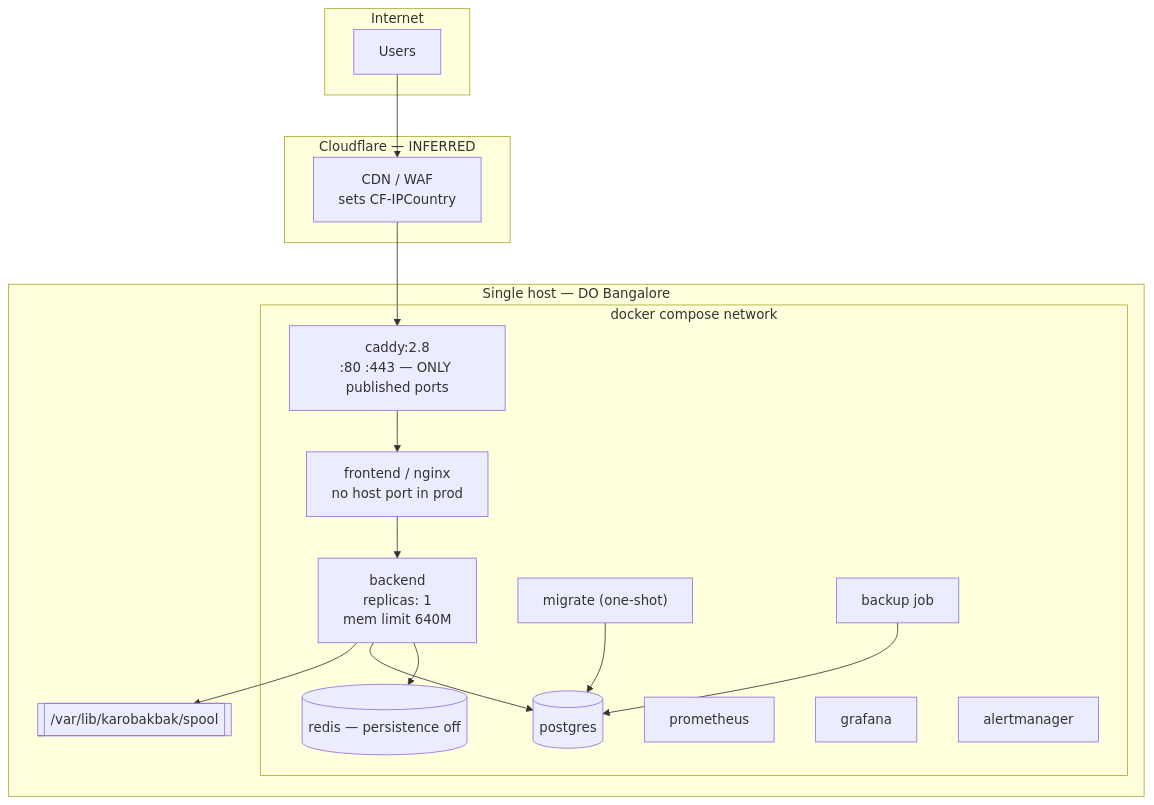
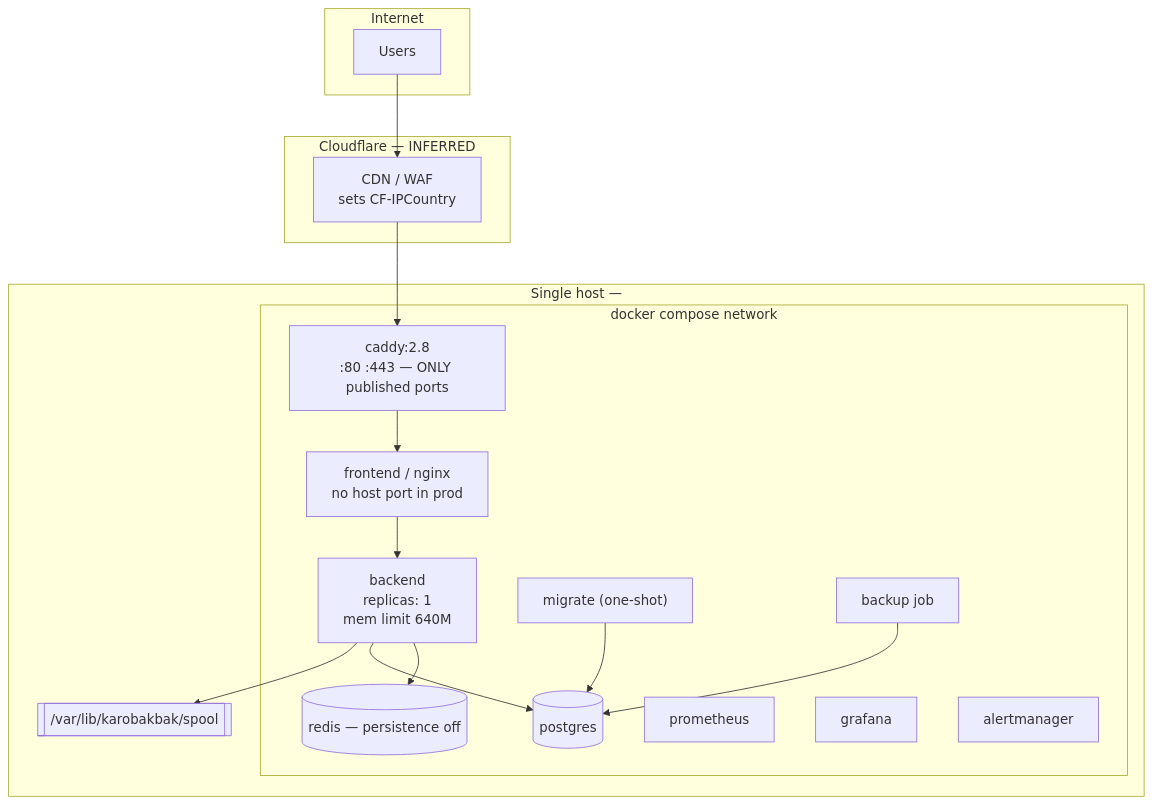
One commit to akhiljoe/karobakbak changed the diagram in docs/design/diagrams/architecture-03-5-deployment-architecture.mmd. Above: the diagram before and after it, drawn with Mermaid. The commit also changed 39 other files, not shown here.

```diff
--- a/docs/design/diagrams/architecture-03-5-deployment-architecture.mmd
+++ b/docs/design/diagrams/architecture-03-5-deployment-architecture.mmd
@@ -1,29 +1,29 @@
 graph TB
     subgraph internet["Internet"]
         U["Users"]
     end
     subgraph cf["Cloudflare — INFERRED"]
         CFE["CDN / WAF<br/>sets CF-IPCountry"]
     end
-    subgraph vps["Single host — DO Bangalore"]
+    subgraph vps["Single host — <vps-hostname>"]
         subgraph net["docker compose network"]
             CADDY["caddy:2.8<br/>:80 :443 — ONLY published ports"]
             NG["frontend / nginx<br/>no host port in prod"]
             BE["backend<br/>replicas: 1<br/>mem limit 640M"]
             MIG["migrate (one-shot)"]
             RD[("redis — persistence off")]
             PG[("postgres")]
             PROM["prometheus"]
             GRAF["grafana"]
             AM["alertmanager"]
             BK["backup job"]
         end
         DISK[["/var/lib/karobakbak/spool"]]
     end
     U-->CFE-->CADDY-->NG
     NG-->BE
     BE-->RD
     BE-->PG
     BE-->DISK
     MIG-->PG
     BK-->PG
```
